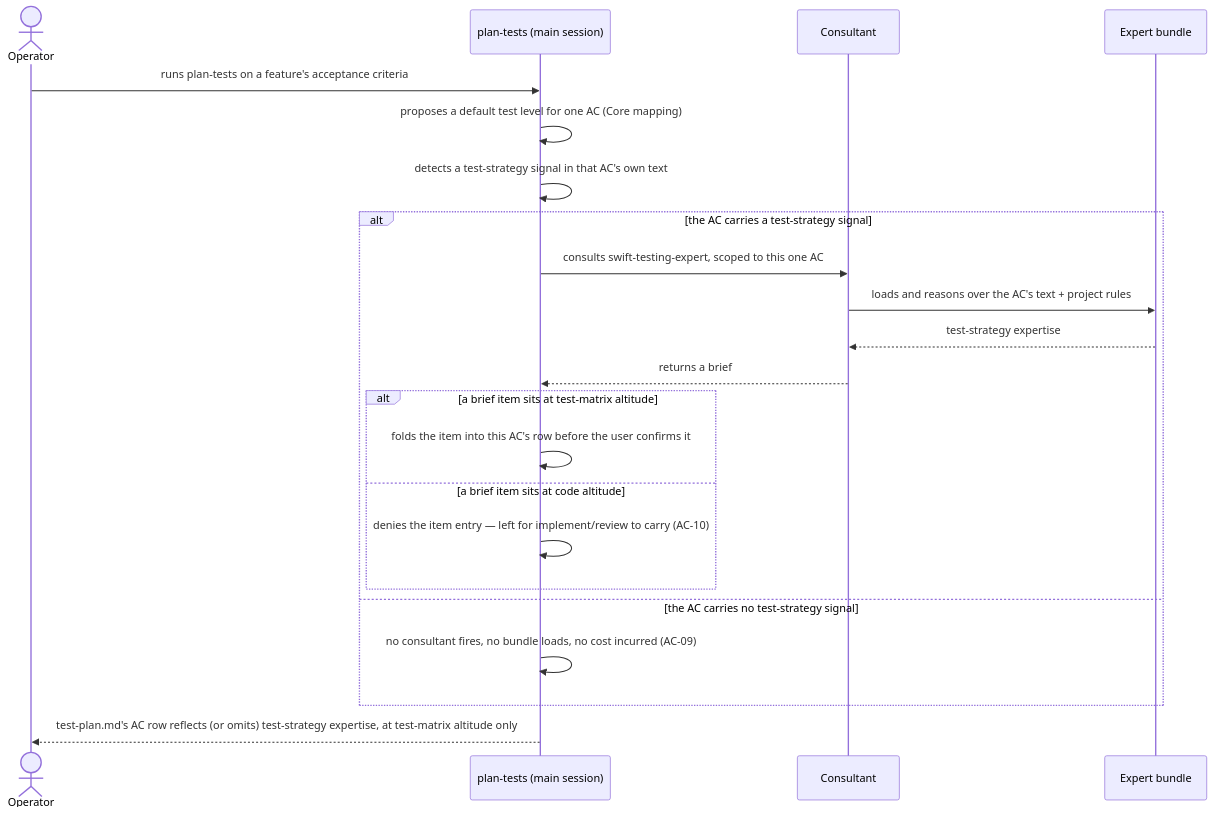
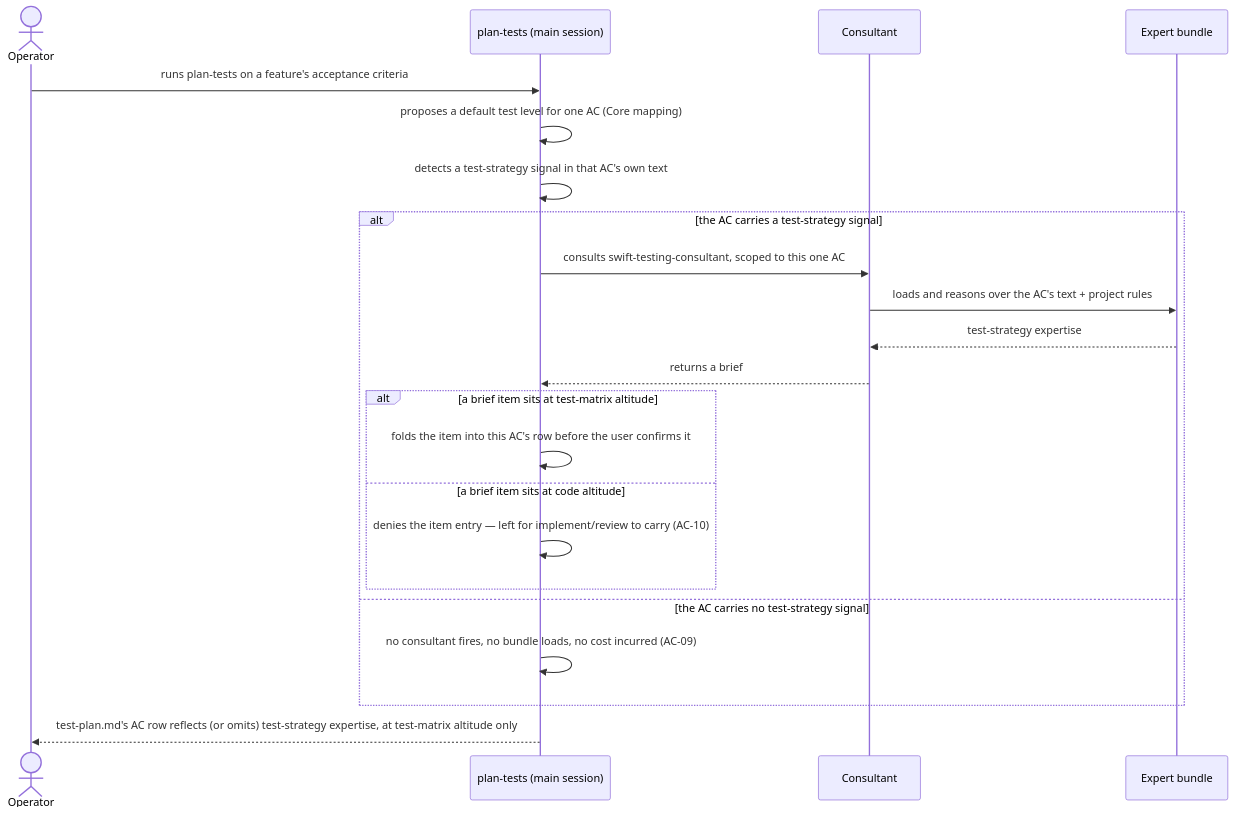
One commit to MonteMango/sdd_iOS changed the fifth of 8 diagrams in docs/features/swift-consultants-rollout/sad.md. Above: the diagram before and after it, drawn with Mermaid. The commit also changed other lines of this file and 3 other files, not shown here.

````diff
--- a/docs/features/swift-consultants-rollout/sad.md
+++ b/docs/features/swift-consultants-rollout/sad.md
@@ -268,24 +268,24 @@
 ```mermaid
 sequenceDiagram
     actor Operator
     participant PlanTests as plan-tests (main session)
     participant Consultant
     participant Bundle as Expert bundle
     Operator->>PlanTests: runs plan-tests on a feature's acceptance criteria
     PlanTests->>PlanTests: proposes a default test level for one AC (Core mapping)
     PlanTests->>PlanTests: detects a test-strategy signal in that AC's own text
     alt the AC carries a test-strategy signal
-        PlanTests->>Consultant: consults swift-testing-expert, scoped to this one AC
+        PlanTests->>Consultant: consults swift-testing-consultant, scoped to this one AC
         Consultant->>Bundle: loads and reasons over the AC's text + project rules
         Bundle-->>Consultant: test-strategy expertise
         Consultant-->>PlanTests: returns a brief
         alt a brief item sits at test-matrix altitude
             PlanTests->>PlanTests: folds the item into this AC's row before the user confirms it
         else a brief item sits at code altitude
             PlanTests->>PlanTests: denies the item entry — left for implement/review to carry (AC-10)
         end
     else the AC carries no test-strategy signal
         PlanTests->>PlanTests: no consultant fires, no bundle loads, no cost incurred (AC-09)
     end
     PlanTests-->>Operator: test-plan.md's AC row reflects (or omits) test-strategy expertise, at test-matrix altitude only
 ```
````
